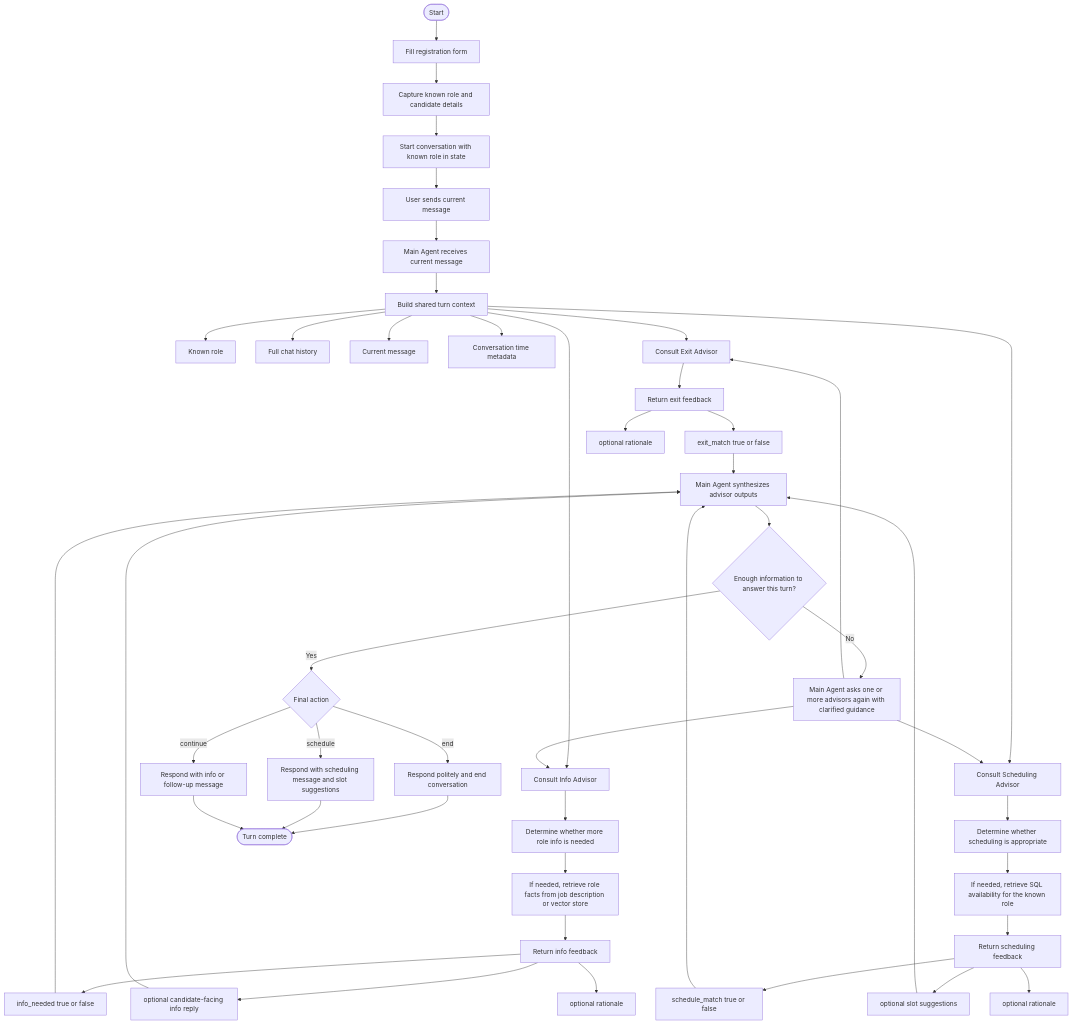
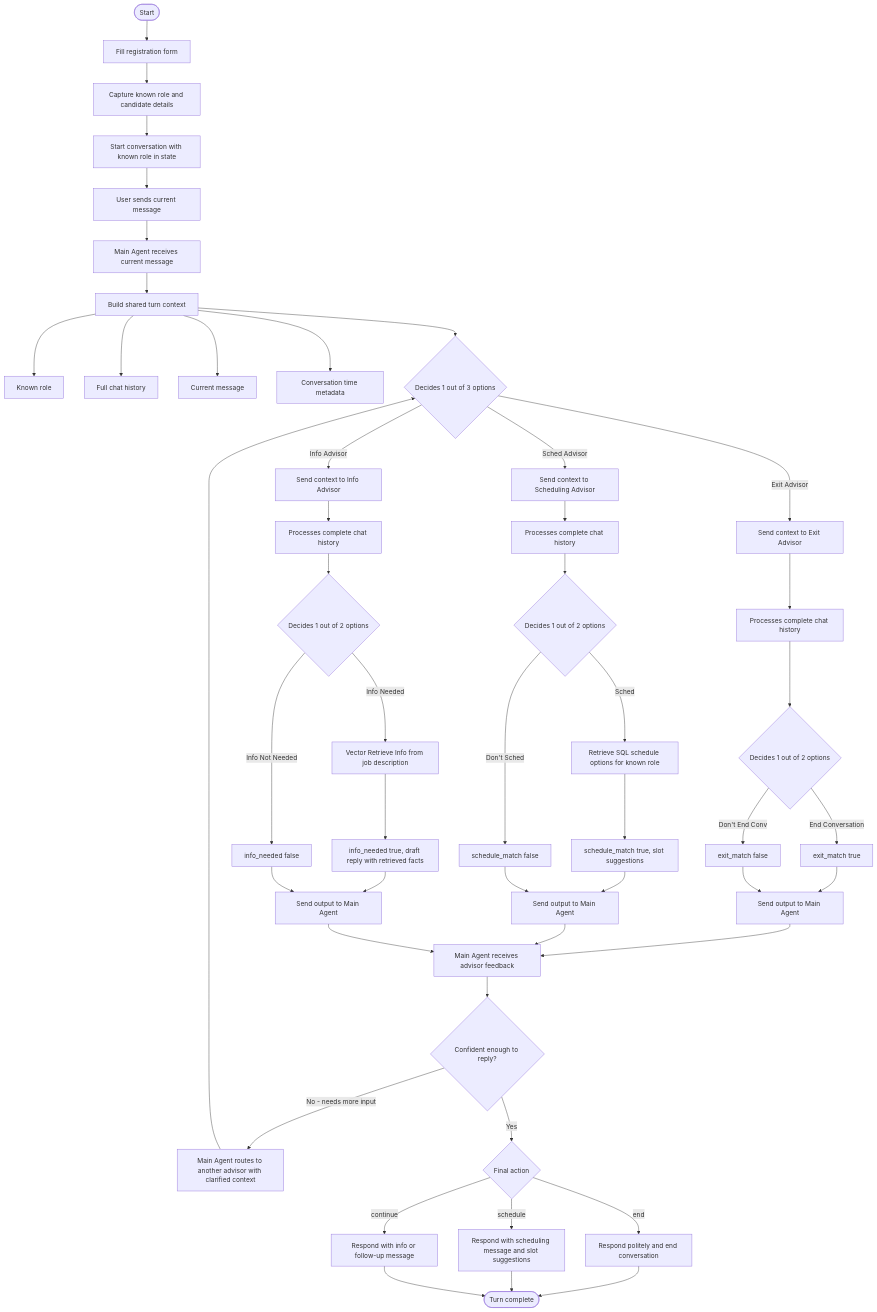
One commit to OrenKniaz/GenAI-Final-Project changed the diagram in Docs/Assignment/one_turn_flow_mermaid.md. Above: the diagram before and after it, drawn with Mermaid. The commit also changed other lines of this file and 12 other files, not shown here.

````diff
--- a/Docs/Assignment/one_turn_flow_mermaid.md
+++ b/Docs/Assignment/one_turn_flow_mermaid.md
@@ -13,57 +14,60 @@
 ```mermaid
 flowchart TD
     A([Start]) --> B[Fill registration form]
     B --> C[Capture known role and candidate details]
     C --> D[Start conversation with known role in state]
     D --> E[User sends current message]
 
     E --> F[Main Agent receives current message]
     F --> G[Build shared turn context]
     G --> G1[Known role]
     G --> G2[Full chat history]
     G --> G3[Current message]
     G --> G4[Conversation time metadata]
 
-    G --> H[Consult Exit Advisor]
-    G --> I[Consult Info Advisor]
-    G --> J[Consult Scheduling Advisor]
+    G --> ROUTE{Decides 1 out of 3 options}
 
-    H --> H1[Return exit feedback]
-    H1 --> H2[exit_match true or false]
-    H1 --> H3[optional rationale]
+    ROUTE -->|Exit Advisor| H[Send context to Exit Advisor]
+    ROUTE -->|Sched Advisor| J[Send context to Scheduling Advisor]
+    ROUTE -->|Info Advisor| I[Send context to Info Advisor]
 
-    I --> I1[Determine whether more role info is needed]
-    I1 --> I2[If needed, retrieve role facts from job description or vector store]
-    I2 --> I3[Return info feedback]
-    I3 --> I4[info_needed true or false]
-    I3 --> I5[optional candidate-facing info reply]
-    I3 --> I6[optional rationale]
+    H --> H1[Processes complete chat history]
+    H1 --> H2{Decides 1 out of 2 options}
+    H2 -->|End Conversation| H3[exit_match true]
+    H2 -->|Don't End Conv| H4[exit_match false]
+    H3 --> HOUT[Send output to Main Agent]
+    H4 --> HOUT
 
-    J --> J1[Determine whether scheduling is appropriate]
-    J1 --> J2[If needed, retrieve SQL availability for the known role]
-    J2 --> J3[Return scheduling feedback]
-    J3 --> J4[schedule_match true or false]
-    J3 --> J5[optional slot suggestions]
-    J3 --> J6[optional rationale]
+    J --> J1[Processes complete chat history]
+    J1 --> J2{Decides 1 out of 2 options}
+    J2 -->|Sched| J3[Retrieve SQL schedule options for known role]
+    J2 -->|Don't Sched| J4[schedule_match false]
+    J3 --> J5[schedule_match true, slot suggestions]
+    J5 --> JOUT[Send output to Main Agent]
+    J4 --> JOUT
 
-    H2 --> K[Main Agent synthesizes advisor outputs]
-    I4 --> K
-    I5 --> K
-    J4 --> K
-    J5 --> K
+    I --> I1[Processes complete chat history]
+    I1 --> I2{Decides 1 out of 2 options}
+    I2 -->|Info Needed| I3[Vector Retrieve Info from job description]
+    I2 -->|Info Not Needed| I4[info_needed false]
+    I3 --> I5[info_needed true, draft reply with retrieved facts]
+    I5 --> IOUT[Send output to Main Agent]
+    I4 --> IOUT
 
-    K --> L{Enough information to answer this turn?}
-    L -->|No| M[Main Agent asks one or more advisors again with clarified guidance]
-    M --> H
-    M --> I
-    M --> J
+    HOUT --> K[Main Agent receives advisor feedback]
+    JOUT --> K
+    IOUT --> K
+
+    K --> L{Confident enough to reply?}
+    L -->|No - needs more input| M[Main Agent routes to another advisor with clarified context]
+    M --> ROUTE
     L -->|Yes| N{Final action}
 
     N -->|end| O[Respond politely and end conversation]
     N -->|schedule| P[Respond with scheduling message and slot suggestions]
     N -->|continue| Q[Respond with info or follow-up message]
 
     O --> R([Turn complete])
     P --> R
     Q --> R
 ```
````
